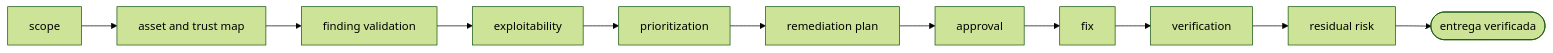
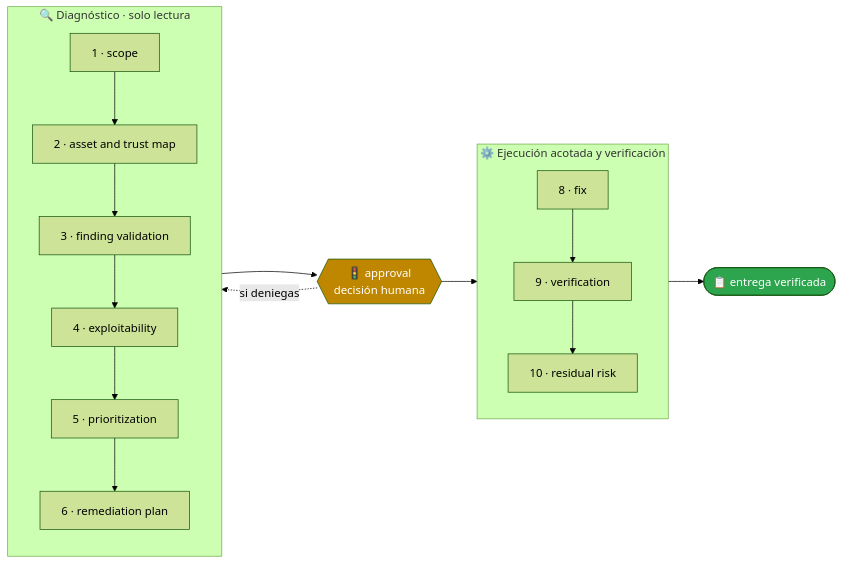
Before and after one commit to vladimiracunadev-create/operational-ai-agents: the second of 2 diagrams in agents/security-remediation-agent/README.md, drawn with Mermaid (forest theme). The commit also changed other lines of this file and 60 other files, not shown here.

````diff
--- a/agents/security-remediation-agent/README.md
+++ b/agents/security-remediation-agent/README.md
@@ -72,23 +126,30 @@
 ```mermaid
 flowchart LR
-    p1["scope"]
-    p2["asset and trust map"]
-    p3["finding validation"]
-    p4["exploitability"]
-    p5["prioritization"]
-    p6["remediation plan"]
-    p7["approval"]
-    p8["fix"]
-    p9["verification"]
-    p10["residual risk"]
-    p1 --> p2
-    p2 --> p3
-    p3 --> p4
-    p4 --> p5
-    p5 --> p6
-    p6 --> p7
-    p7 --> p8
-    p8 --> p9
-    p9 --> p10
-    p10 --> done(["entrega verificada"])
+    subgraph A["🔍 Diagnóstico · solo lectura"]
+        direction TB
+        p1["1 · scope"]
+        p2["2 · asset and trust map"]
+        p3["3 · finding validation"]
+        p4["4 · exploitability"]
+        p5["5 · prioritization"]
+        p6["6 · remediation plan"]
+        p1 --> p2
+        p2 --> p3
+        p3 --> p4
+        p4 --> p5
+        p5 --> p6
+    end
+    G{{"🚦 approval<br/>decisión humana"}}
+    subgraph B["⚙️ Ejecución acotada y verificación"]
+        direction TB
+        p8["8 · fix"]
+        p9["9 · verification"]
+        p10["10 · residual risk"]
+        p8 --> p9
+        p9 --> p10
+    end
+    A --> G --> B --> FIN(["📋 entrega verificada"])
+    G -.->|"si deniegas"| A
+    style G fill:#bf8700,color:#fff
+    style FIN fill:#2da44e,color:#fff
 ```
````
